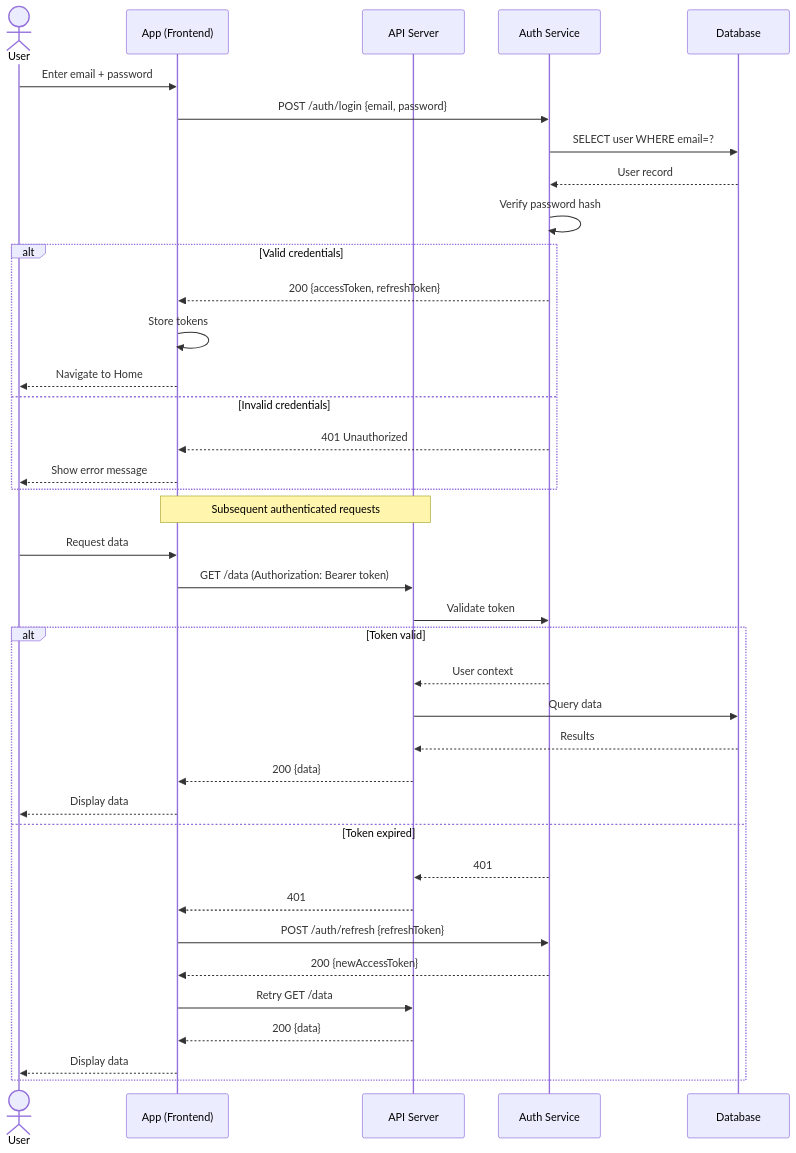
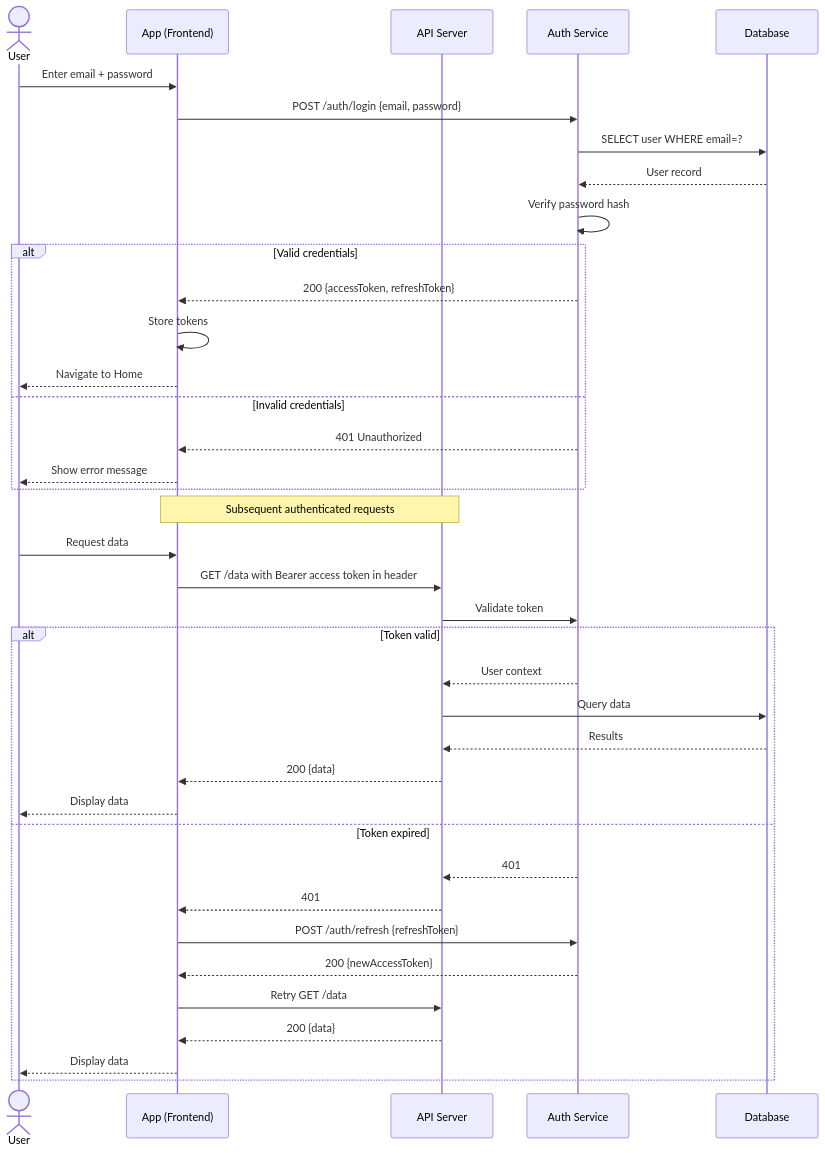
The second of 2 diagrams in skills/amw-ux-flows/references/TECH-mermaid-sequence-authenticated.md (Emasoft/ai-maestro-webdesign), drawn with Mermaid before and after one commit. The commit also changed 82 other files, not shown here.

````diff
--- a/skills/amw-ux-flows/references/TECH-mermaid-sequence-authenticated.md
+++ b/skills/amw-ux-flows/references/TECH-mermaid-sequence-authenticated.md
@@ -99,45 +99,45 @@
 ```mermaid
 sequenceDiagram
     actor User
     participant App as App (Frontend)
     participant API as API Server
     participant Auth as Auth Service
     participant DB as Database
 
     User->>App: Enter email + password
     App->>Auth: POST /auth/login {email, password}
     Auth->>DB: SELECT user WHERE email=?
     DB-->>Auth: User record
     Auth->>Auth: Verify password hash
 
     alt Valid credentials
         Auth-->>App: 200 {accessToken, refreshToken}
         App->>App: Store tokens
         App-->>User: Navigate to Home
     else Invalid credentials
         Auth-->>App: 401 Unauthorized
         App-->>User: Show error message
     end
 
     Note over App,API: Subsequent authenticated requests
 
     User->>App: Request data
-    App->>API: GET /data (Authorization: Bearer token)
+    App->>API: GET /data with Bearer access token in header
     API->>Auth: Validate token
 
     alt Token valid
         Auth-->>API: User context
         API->>DB: Query data
         DB-->>API: Results
         API-->>App: 200 {data}
         App-->>User: Display data
     else Token expired
         Auth-->>API: 401
         API-->>App: 401
         App->>Auth: POST /auth/refresh {refreshToken}
         Auth-->>App: 200 {newAccessToken}
         App->>API: Retry GET /data
         API-->>App: 200 {data}
         App-->>User: Display data
     end
 ```
````
